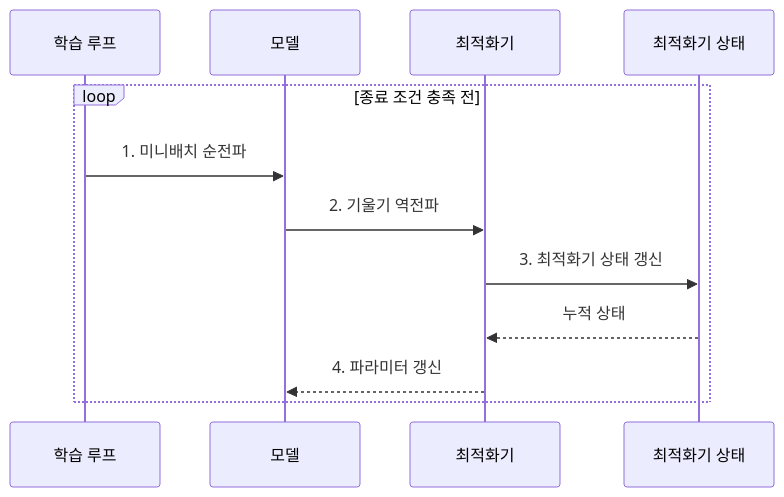
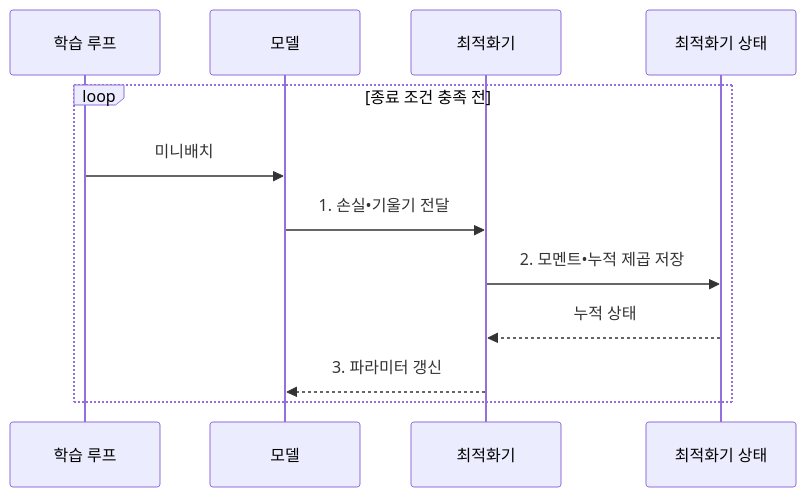
One commit to agnusdei1207/knowledge-base changed the diagram in src/content/docs/notes/01-basic-theory/041_gradient_descent.md. Above: the diagram before and after it, drawn with Mermaid. The commit also changed other lines of this file and 17 other files, not shown here.

````diff
--- a/src/content/docs/notes/01-basic-theory/041_gradient_descent.md
+++ b/src/content/docs/notes/01-basic-theory/041_gradient_descent.md
@@ -91,14 +80,14 @@
 ```mermaid
 sequenceDiagram
     participant L as 학습 루프
     participant M as 모델
     participant O as 최적화기
     participant S as 최적화기 상태
     loop 종료 조건 충족 전
-        L->>M: 1. 미니배치 순전파
-        M->>O: 2. 기울기 역전파
-        O->>S: 3. 최적화기 상태 갱신
+        L->>M: 미니배치
+        M->>O: 1. 손실•기울기 전달
+        O->>S: 2. 모멘트•누적 제곱 저장
         S-->>O: 누적 상태
-        O-->>M: 4. 파라미터 갱신
+        O-->>M: 3. 파라미터 갱신
     end
 ```
````
